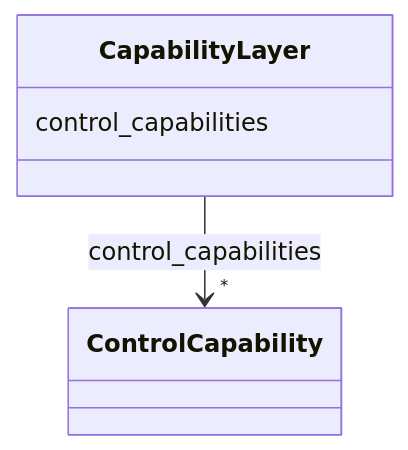
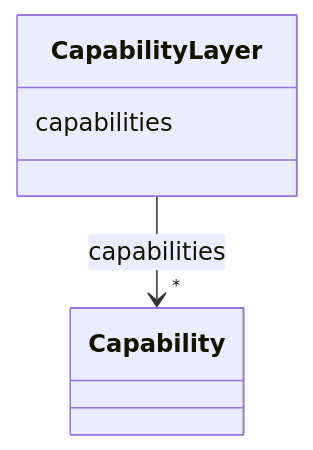
Before and after one commit to pals-project/pals-facility-config: the diagram in docs/elements/CapabilityLayer.md, drawn with Mermaid. The commit also changed other lines of this file and 133 other files, not shown here.

Commit message:
Updated documentation, project files, pydantic defintion, and the schema to correctly represent the relationships in the NARAD schema/ontology

````diff
--- a/docs/elements/CapabilityLayer.md
+++ b/docs/elements/CapabilityLayer.md
@@ -18,17 +18,17 @@
 ```mermaid
  classDiagram
     class CapabilityLayer
     click CapabilityLayer href "../CapabilityLayer/"
-      CapabilityLayer : control_capabilities
+      CapabilityLayer : capabilities
         
           
     
         
         
-        CapabilityLayer --> "*" ControlCapability : control_capabilities
-        click ControlCapability href "../ControlCapability/"
+        CapabilityLayer --> "*" Capability : capabilities
+        click Capability href "../Capability/"
     
 
         
       
 ```
````
